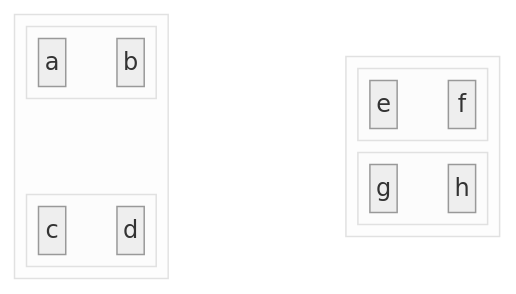
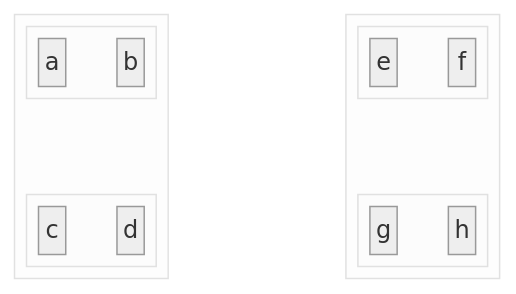
Before and after one commit to dustindortch/gha-vault-secrets-hcp-terraform-users: the diagram in README.md, drawn with Mermaid (neutral theme).

````diff
--- a/README.md
+++ b/README.md
@@ -3,23 +3,24 @@
 ```mermaid
 block-beta
   block:l1
     columns 1
     block:c1
       a space b
     end
     space
     block:c2
       c space d
     end
   end
   space
   block:l2
     columns 1
     block:c3
       e space f
     end
+    space
     block:c4
       g space h
     end
   end
 ```
````
